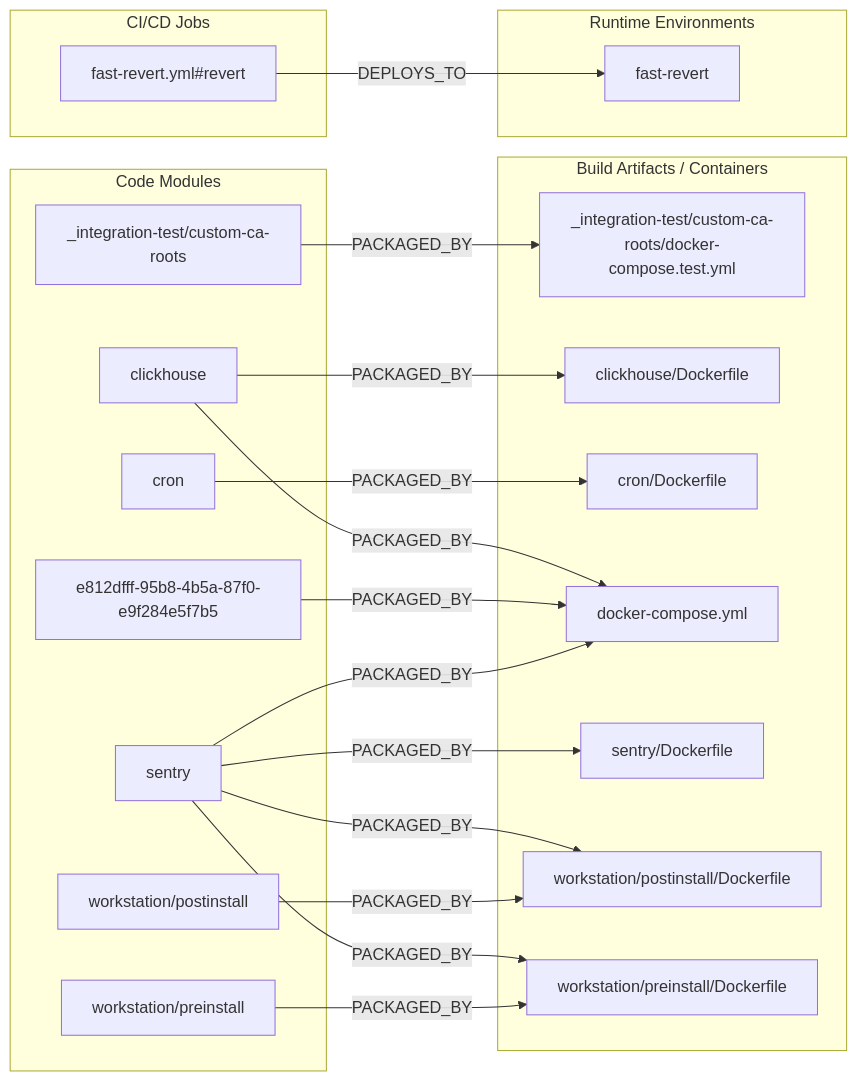
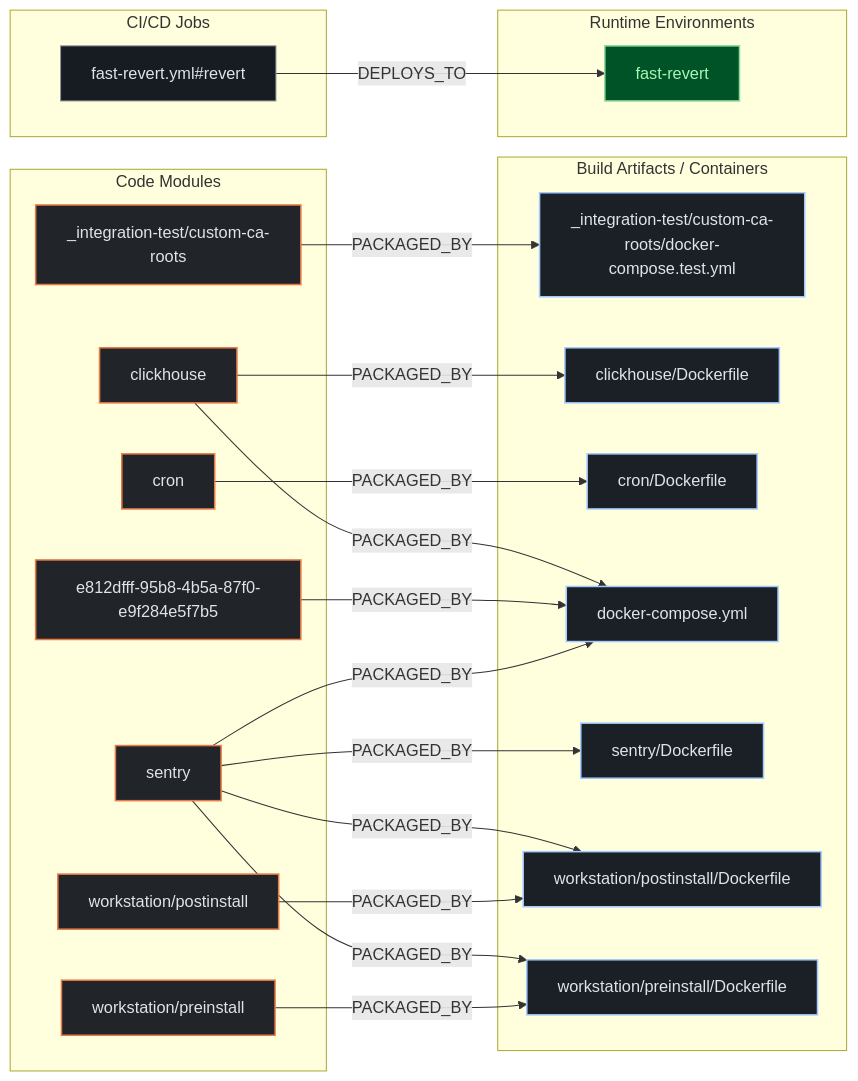
One commit to kumarshaz/atruss-code-atlas changed the second of 3 diagrams in exports/latest/reports/getsentry-self-hosted-report.md. Above: the diagram before and after it, drawn with Mermaid. The commit also changed other lines of this file and 331 other files, not shown here.

Commit message:
docs,ui,fix: update SDLC docs, reorder CI/CD DAG first, stylize Mermaid, and fix Arc42 pipeline topology

````diff
--- a/exports/latest/reports/getsentry-self-hosted-report.md
+++ b/exports/latest/reports/getsentry-self-hosted-report.md
@@ -115,39 +122,43 @@
 ```mermaid
 flowchart LR
+    classDef atlasCategory fill:#212428,stroke:#E87A48,stroke-width:1.5px,color:#dfe3eb
+    classDef atlasWorkflow fill:#1b2026,stroke:#a3c9ff,stroke-width:1.5px,color:#dfe3eb
+    classDef atlasJob fill:#171c22,stroke:#8d9199,stroke-width:1px,color:#dfe3eb
+    classDef atlasTarget fill:#005227,stroke:#8bd99b,stroke-width:1.5px,color:#a7f6b6
     subgraph code_modules["Code Modules"]
-        mod__integration_test_custom_ca_roots["_integration-test/custom-ca-roots"]
-        mod_clickhouse["clickhouse"]
-        mod_cron["cron"]
-        mod_e812dfff_95b8_4b5a_87f0_e9f284e5f7b5["e812dfff-95b8-4b5a-87f0-e9f284e5f7b5"]
-        mod_sentry["sentry"]
-        mod_workstation_postinstall["workstation/postinstall"]
-        mod_workstation_preinstall["workstation/preinstall"]
+        mod__integration_test_custom_ca_roots["_integration-test/custom-ca-roots"]:::atlasCategory
+        mod_clickhouse["clickhouse"]:::atlasCategory
+        mod_cron["cron"]:::atlasCategory
+        mod_e812dfff_95b8_4b5a_87f0_e9f284e5f7b5["e812dfff-95b8-4b5a-87f0-e9f284e5f7b5"]:::atlasCategory
+        mod_sentry["sentry"]:::atlasCategory
+        mod_workstation_postinstall["workstation/postinstall"]:::atlasCategory
+        mod_workstation_preinstall["workstation/preinstall"]:::atlasCategory
     end
     subgraph build_artifacts["Build Artifacts / Containers"]
-        art__integration_test_custom_ca_roots_docker_compose_test_yml["_integration-test/custom-ca-roots/docker-compose.test.yml"]
-        art_clickhouse_Dockerfile["clickhouse/Dockerfile"]
-        art_cron_Dockerfile["cron/Dockerfile"]
-        art_docker_compose_yml["docker-compose.yml"]
-        art_sentry_Dockerfile["sentry/Dockerfile"]
-        art_workstation_postinstall_Dockerfile["workstation/postinstall/Dockerfile"]
-        art_workstation_preinstall_Dockerfile["workstation/preinstall/Dockerfile"]
+        art__integration_test_custom_ca_roots_docker_compose_test_yml["_integration-test/custom-ca-roots/docker-compose.test.yml"]:::atlasWorkflow
+        art_clickhouse_Dockerfile["clickhouse/Dockerfile"]:::atlasWorkflow
+        art_cron_Dockerfile["cron/Dockerfile"]:::atlasWorkflow
+        art_docker_compose_yml["docker-compose.yml"]:::atlasWorkflow
+        art_sentry_Dockerfile["sentry/Dockerfile"]:::atlasWorkflow
+        art_workstation_postinstall_Dockerfile["workstation/postinstall/Dockerfile"]:::atlasWorkflow
+        art_workstation_preinstall_Dockerfile["workstation/preinstall/Dockerfile"]:::atlasWorkflow
     end
     subgraph ci_jobs["CI/CD Jobs"]
-        job_fast_revert_yml_revert["fast-revert.yml#revert"]
+        job_fast_revert_yml_revert["fast-revert.yml#revert"]:::atlasJob
     end
     subgraph runtime_envs["Runtime Environments"]
-        env_fast_revert["fast-revert"]
+        env_fast_revert["fast-revert"]:::atlasTarget
     end
     job_fast_revert_yml_revert -->|DEPLOYS_TO| env_fast_revert
     mod__integration_test_custom_ca_roots -->|PACKAGED_BY| art__integration_test_custom_ca_roots_docker_compose_test_yml
     mod_clickhouse -->|PACKAGED_BY| art_clickhouse_Dockerfile
     mod_clickhouse -->|PACKAGED_BY| art_docker_compose_yml
     mod_cron -->|PACKAGED_BY| art_cron_Dockerfile
     mod_e812dfff_95b8_4b5a_87f0_e9f284e5f7b5 -->|PACKAGED_BY| art_docker_compose_yml
     mod_sentry -->|PACKAGED_BY| art_docker_compose_yml
     mod_sentry -->|PACKAGED_BY| art_sentry_Dockerfile
     mod_sentry -->|PACKAGED_BY| art_workstation_postinstall_Dockerfile
     mod_sentry -->|PACKAGED_BY| art_workstation_preinstall_Dockerfile
     mod_workstation_postinstall -->|PACKAGED_BY| art_workstation_postinstall_Dockerfile
     mod_workstation_preinstall -->|PACKAGED_BY| art_workstation_preinstall_Dockerfile
 ```
````
